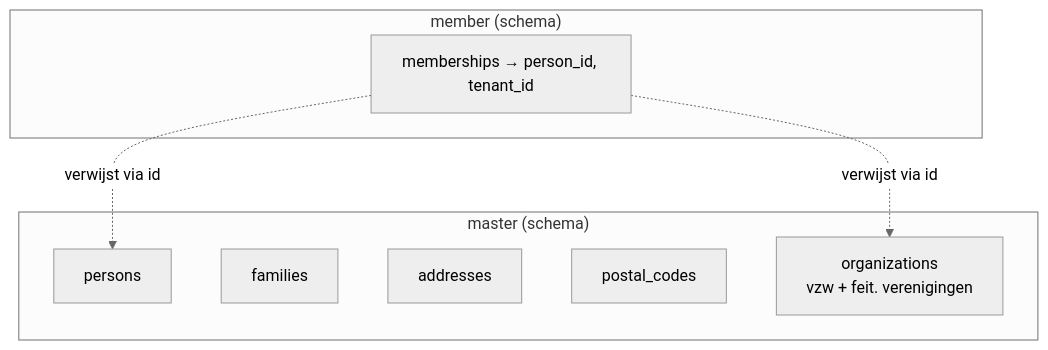
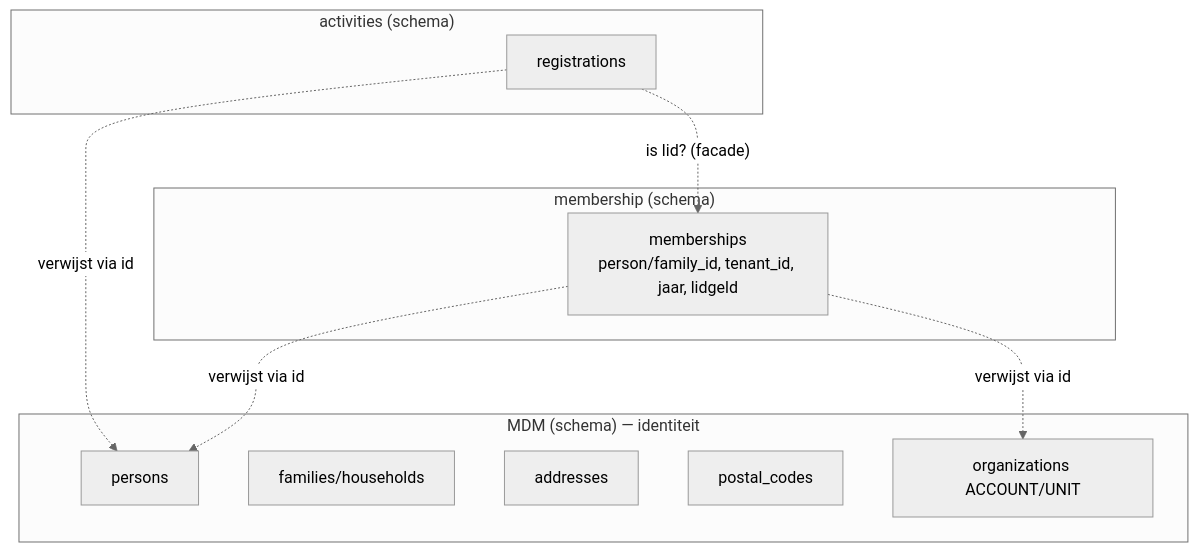
The fourth of 10 diagrams in docs/intermediate-architecture-upgrade-v1.md (KoenRenders/KoenTest), drawn with Mermaid (neutral theme) before and after one commit. The commit also changed other lines of this file, not shown here.

First line of the commit message:
docs: architecture v1 — componenten scherpgesteld + master→MDM

````diff
--- a/docs/intermediate-architecture-upgrade-v1.md
+++ b/docs/intermediate-architecture-upgrade-v1.md
@@ -219,15 +252,20 @@
 ```mermaid
 flowchart TB
-  subgraph master["master (schema)"]
+  subgraph mdm["MDM (schema) — identiteit"]
     P[persons]
-    F[families]
+    F[families/households]
     A[addresses]
     PC[postal_codes]
-    ORG[organizations<br/>vzw + feit. verenigingen]
+    ORG[organizations ACCOUNT/UNIT]
   end
-  subgraph member["member (schema)"]
-    MEMB[memberships → person_id, tenant_id]
+  subgraph membership["membership (schema)"]
+    MEMB["memberships<br/>person/family_id, tenant_id, jaar, lidgeld"]
+  end
+  subgraph activities["activities (schema)"]
+    ACT[registrations]
   end
   MEMB -. verwijst via id .-> P
   MEMB -. verwijst via id .-> ORG
+  ACT -. "is lid? (facade)" .-> MEMB
+  ACT -. verwijst via id .-> P
 ```
````
